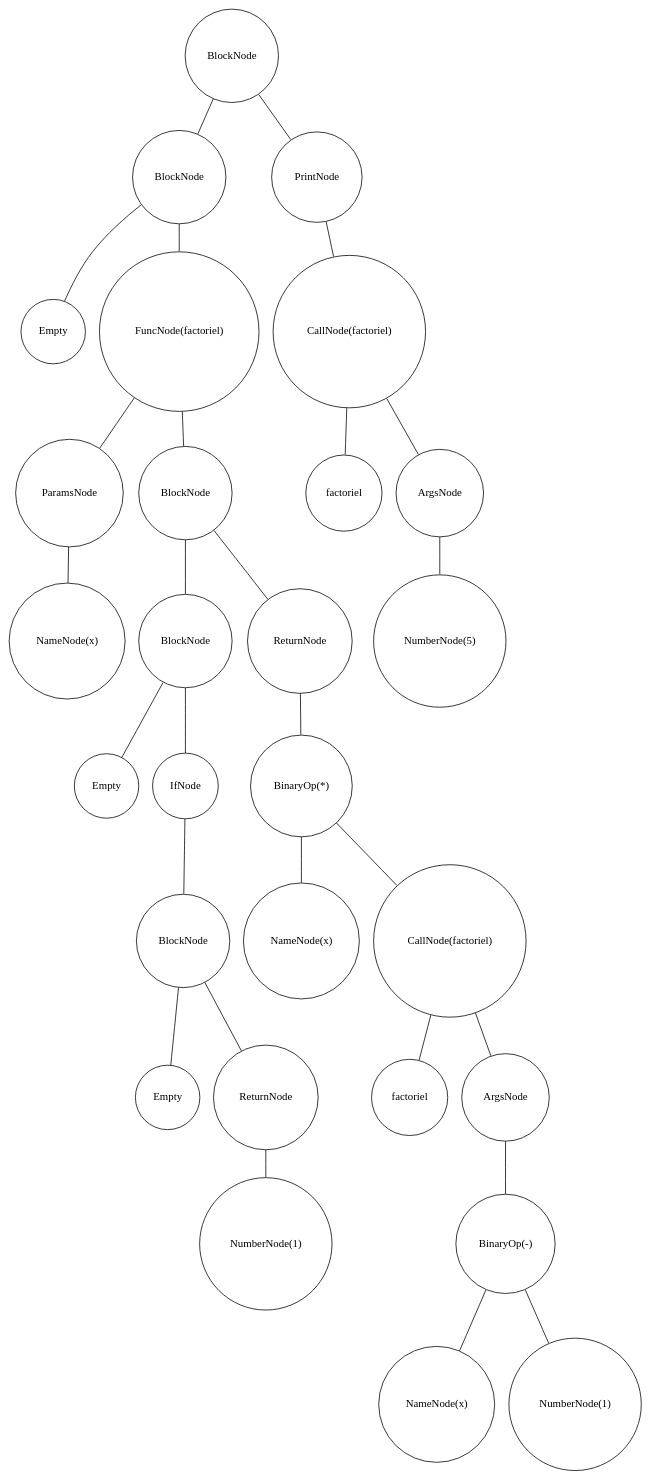
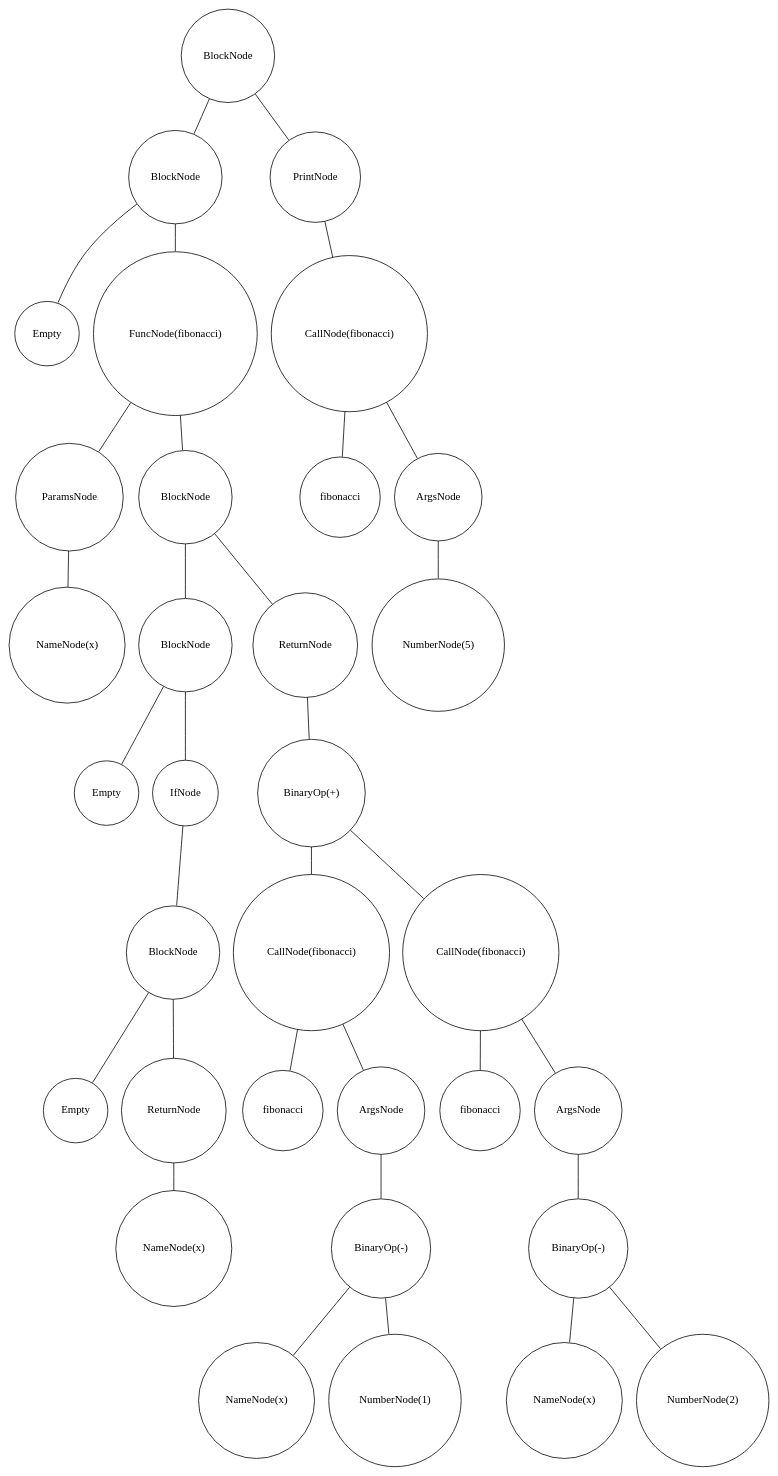
Before and after one commit to Artex6666/interpreteurPython: the diagram in img/graph.gv, drawn with Graphviz. The commit also changed 15 other files, not shown here.

```diff
--- a/img/graph.gv
+++ b/img/graph.gv
@@ -1,58 +1,68 @@
 digraph {
 	node [shape=circle]
-	"1ee13364-849e-441e-929a-54d78495f1a9" [label=BlockNode]
-	"83ccc12c-28f6-46fe-8e34-be2ffd76ab30" [label=BlockNode]
-	"b1653ecc-9647-400d-abfd-de8666fcf1b5" [label=Empty]
-	"83ccc12c-28f6-46fe-8e34-be2ffd76ab30" -> "b1653ecc-9647-400d-abfd-de8666fcf1b5" [arrowsize=0]
-	"cc8d7f73-0f65-44df-abe9-24fe5c719ad9" [label="FuncNode(factoriel)"]
-	"476e6d65-b316-4316-9a9e-8d2edd78593d" [label=ParamsNode]
-	"31677b85-0fef-40bc-94d0-4d4b7e5c56ca" [label="NameNode(x)"]
-	"476e6d65-b316-4316-9a9e-8d2edd78593d" -> "31677b85-0fef-40bc-94d0-4d4b7e5c56ca" [arrowsize=0]
-	"cc8d7f73-0f65-44df-abe9-24fe5c719ad9" -> "476e6d65-b316-4316-9a9e-8d2edd78593d" [arrowsize=0]
-	"587ae695-a0c7-4794-99a3-0f13caf09983" [label=BlockNode]
-	"fcee519a-2a0a-4710-8db1-06db8b64b33c" [label=BlockNode]
-	"59260d49-70e1-412f-8ece-a8191cc2e7ee" [label=Empty]
-	"fcee519a-2a0a-4710-8db1-06db8b64b33c" -> "59260d49-70e1-412f-8ece-a8191cc2e7ee" [arrowsize=0]
-	"ffd35988-70ba-4f42-a306-1fbc382db067" [label=IfNode]
-	"3c5b2221-ab16-40d6-94e3-60836ef8d775" [label=BlockNode]
-	"8f297e3a-416f-4267-8d68-5246f56fd771" [label=Empty]
-	"3c5b2221-ab16-40d6-94e3-60836ef8d775" -> "8f297e3a-416f-4267-8d68-5246f56fd771" [arrowsize=0]
-	"c108ab88-7ea6-4bd8-b774-0027064932f8" [label=ReturnNode]
-	"00f2ed70-6556-4986-88b8-253599b2e534" [label="NumberNode(1)"]
-	"c108ab88-7ea6-4bd8-b774-0027064932f8" -> "00f2ed70-6556-4986-88b8-253599b2e534" [arrowsize=0]
-	"3c5b2221-ab16-40d6-94e3-60836ef8d775" -> "c108ab88-7ea6-4bd8-b774-0027064932f8" [arrowsize=0]
-	"ffd35988-70ba-4f42-a306-1fbc382db067" -> "3c5b2221-ab16-40d6-94e3-60836ef8d775" [arrowsize=0]
-	"fcee519a-2a0a-4710-8db1-06db8b64b33c" -> "ffd35988-70ba-4f42-a306-1fbc382db067" [arrowsize=0]
-	"587ae695-a0c7-4794-99a3-0f13caf09983" -> "fcee519a-2a0a-4710-8db1-06db8b64b33c" [arrowsize=0]
-	"45123479-582c-4127-a407-7c31bd0e37f2" [label=ReturnNode]
-	"3d190106-d38e-4bd8-a2db-c9b5b9d1c7c8" [label="BinaryOp(*)"]
-	"d0c5043d-9113-4c11-a7a8-c21c963e3b3b" [label="NameNode(x)"]
-	"3d190106-d38e-4bd8-a2db-c9b5b9d1c7c8" -> "d0c5043d-9113-4c11-a7a8-c21c963e3b3b" [arrowsize=0]
-	"86c79d50-4dc0-47bc-ae31-e584eb7e1756" [label="CallNode(factoriel)"]
-	"296f3424-7e12-4cfa-afa5-e336fa708e00" [label=factoriel]
-	"86c79d50-4dc0-47bc-ae31-e584eb7e1756" -> "296f3424-7e12-4cfa-afa5-e336fa708e00" [arrowsize=0]
-	"a2f68336-cf03-46e3-b180-58b8c284b00c" [label=ArgsNode]
-	"42b962b4-7ea3-4f23-9888-251c6a1986c1" [label="BinaryOp(-)"]
-	"76d1e281-5fce-4f58-918d-03cf481478d3" [label="NameNode(x)"]
-	"42b962b4-7ea3-4f23-9888-251c6a1986c1" -> "76d1e281-5fce-4f58-918d-03cf481478d3" [arrowsize=0]
-	"fa61d20b-b9eb-41b1-a74f-3286da535b89" [label="NumberNode(1)"]
-	"42b962b4-7ea3-4f23-9888-251c6a1986c1" -> "fa61d20b-b9eb-41b1-a74f-3286da535b89" [arrowsize=0]
-	"a2f68336-cf03-46e3-b180-58b8c284b00c" -> "42b962b4-7ea3-4f23-9888-251c6a1986c1" [arrowsize=0]
-	"86c79d50-4dc0-47bc-ae31-e584eb7e1756" -> "a2f68336-cf03-46e3-b180-58b8c284b00c" [arrowsize=0]
-	"3d190106-d38e-4bd8-a2db-c9b5b9d1c7c8" -> "86c79d50-4dc0-47bc-ae31-e584eb7e1756" [arrowsize=0]
-	"45123479-582c-4127-a407-7c31bd0e37f2" -> "3d190106-d38e-4bd8-a2db-c9b5b9d1c7c8" [arrowsize=0]
-	"587ae695-a0c7-4794-99a3-0f13caf09983" -> "45123479-582c-4127-a407-7c31bd0e37f2" [arrowsize=0]
-	"cc8d7f73-0f65-44df-abe9-24fe5c719ad9" -> "587ae695-a0c7-4794-99a3-0f13caf09983" [arrowsize=0]
-	"83ccc12c-28f6-46fe-8e34-be2ffd76ab30" -> "cc8d7f73-0f65-44df-abe9-24fe5c719ad9" [arrowsize=0]
-	"1ee13364-849e-441e-929a-54d78495f1a9" -> "83ccc12c-28f6-46fe-8e34-be2ffd76ab30" [arrowsize=0]
-	"3645cd97-7d80-47a6-b32f-823555ce68bb" [label=PrintNode]
-	"6e419e8a-7652-4d9b-880e-44f59ca48778" [label="CallNode(factoriel)"]
-	"4f87219c-7b8a-464f-a360-f073da826eb2" [label=factoriel]
-	"6e419e8a-7652-4d9b-880e-44f59ca48778" -> "4f87219c-7b8a-464f-a360-f073da826eb2" [arrowsize=0]
-	"b3fe7012-c706-45a5-b666-ddd02a6419b6" [label=ArgsNode]
-	"cc381bfc-7d86-4bdf-848b-918a69c8901c" [label="NumberNode(5)"]
-	"b3fe7012-c706-45a5-b666-ddd02a6419b6" -> "cc381bfc-7d86-4bdf-848b-918a69c8901c" [arrowsize=0]
-	"6e419e8a-7652-4d9b-880e-44f59ca48778" -> "b3fe7012-c706-45a5-b666-ddd02a6419b6" [arrowsize=0]
-	"3645cd97-7d80-47a6-b32f-823555ce68bb" -> "6e419e8a-7652-4d9b-880e-44f59ca48778" [arrowsize=0]
-	"1ee13364-849e-441e-929a-54d78495f1a9" -> "3645cd97-7d80-47a6-b32f-823555ce68bb" [arrowsize=0]
+	"7cdb6d5b-6a37-4f7a-8e29-126e4ecb8fa2" [label=BlockNode]
+	"4410133e-e5d3-4dd1-a63c-42c9538a7e7f" [label=BlockNode]
+	"790cd8a3-5253-4b5b-aa6b-ea102d6bdec8" [label=Empty]
+	"4410133e-e5d3-4dd1-a63c-42c9538a7e7f" -> "790cd8a3-5253-4b5b-aa6b-ea102d6bdec8" [arrowsize=0]
+	"5cac6052-3340-49a7-a025-9dbebb8df435" [label="FuncNode(fibonacci)"]
+	"0113d46d-e45d-482d-8f99-08167111064f" [label=ParamsNode]
+	"f1bd4409-a31a-49d6-8df5-db133a726d4d" [label="NameNode(x)"]
+	"0113d46d-e45d-482d-8f99-08167111064f" -> "f1bd4409-a31a-49d6-8df5-db133a726d4d" [arrowsize=0]
+	"5cac6052-3340-49a7-a025-9dbebb8df435" -> "0113d46d-e45d-482d-8f99-08167111064f" [arrowsize=0]
+	"f84e6a30-f6e4-4ce5-9c0b-006f721f5a55" [label=BlockNode]
+	"e9888bc3-7527-4b15-ae05-60820cc5e567" [label=BlockNode]
+	"d8be9311-e912-43ee-9ba2-1a4a498299ed" [label=Empty]
+	"e9888bc3-7527-4b15-ae05-60820cc5e567" -> "d8be9311-e912-43ee-9ba2-1a4a498299ed" [arrowsize=0]
+	"db0c1041-30b2-4931-8d8a-6b3b696248d4" [label=IfNode]
+	"6c9ef927-cc0a-4085-aae6-9bbe2272684f" [label=BlockNode]
+	"c114c020-303e-4171-ae48-f3be1cb075bd" [label=Empty]
+	"6c9ef927-cc0a-4085-aae6-9bbe2272684f" -> "c114c020-303e-4171-ae48-f3be1cb075bd" [arrowsize=0]
+	"6c2fc130-c15e-44a8-839e-d4b2ce347bac" [label=ReturnNode]
+	"394e88d5-fb99-44a2-969e-5c2e7f4f90d3" [label="NameNode(x)"]
+	"6c2fc130-c15e-44a8-839e-d4b2ce347bac" -> "394e88d5-fb99-44a2-969e-5c2e7f4f90d3" [arrowsize=0]
+	"6c9ef927-cc0a-4085-aae6-9bbe2272684f" -> "6c2fc130-c15e-44a8-839e-d4b2ce347bac" [arrowsize=0]
+	"db0c1041-30b2-4931-8d8a-6b3b696248d4" -> "6c9ef927-cc0a-4085-aae6-9bbe2272684f" [arrowsize=0]
+	"e9888bc3-7527-4b15-ae05-60820cc5e567" -> "db0c1041-30b2-4931-8d8a-6b3b696248d4" [arrowsize=0]
+	"f84e6a30-f6e4-4ce5-9c0b-006f721f5a55" -> "e9888bc3-7527-4b15-ae05-60820cc5e567" [arrowsize=0]
+	"26244cee-1a26-4946-aa9e-239c115443a2" [label=ReturnNode]
+	"c77da98d-4a48-406b-bc60-93c6ecc5b0cb" [label="BinaryOp(+)"]
+	"8561e87b-f59c-4ebf-92e5-2b9b5bffb372" [label="CallNode(fibonacci)"]
+	"892fd4ab-dcb4-4ea5-b88a-908760e17855" [label=fibonacci]
+	"8561e87b-f59c-4ebf-92e5-2b9b5bffb372" -> "892fd4ab-dcb4-4ea5-b88a-908760e17855" [arrowsize=0]
+	"995111a1-edb4-4909-aea3-c0a6a91ae2ee" [label=ArgsNode]
+	"8139fe2e-ec3c-4123-a126-218605d1a2a3" [label="BinaryOp(-)"]
+	"2a0637c2-1db6-41ce-99bd-c122b757d9ee" [label="NameNode(x)"]
+	"8139fe2e-ec3c-4123-a126-218605d1a2a3" -> "2a0637c2-1db6-41ce-99bd-c122b757d9ee" [arrowsize=0]
+	"b0e303ea-589e-4db2-9de6-855c33dd4042" [label="NumberNode(1)"]
+	"8139fe2e-ec3c-4123-a126-218605d1a2a3" -> "b0e303ea-589e-4db2-9de6-855c33dd4042" [arrowsize=0]
+	"995111a1-edb4-4909-aea3-c0a6a91ae2ee" -> "8139fe2e-ec3c-4123-a126-218605d1a2a3" [arrowsize=0]
+	"8561e87b-f59c-4ebf-92e5-2b9b5bffb372" -> "995111a1-edb4-4909-aea3-c0a6a91ae2ee" [arrowsize=0]
+	"c77da98d-4a48-406b-bc60-93c6ecc5b0cb" -> "8561e87b-f59c-4ebf-92e5-2b9b5bffb372" [arrowsize=0]
+	"962bffda-43eb-4b00-8ae6-588963b98146" [label="CallNode(fibonacci)"]
+	"31860008-ab9e-48c1-a3f2-d50c04c94f54" [label=fibonacci]
+	"962bffda-43eb-4b00-8ae6-588963b98146" -> "31860008-ab9e-48c1-a3f2-d50c04c94f54" [arrowsize=0]
+	"44a944db-177e-45f7-ac88-38ce12d52f00" [label=ArgsNode]
+	"e9fbe4c3-3f70-4b22-b7b1-2f18219625d6" [label="BinaryOp(-)"]
+	"da507823-4556-466f-8bc8-6ecdd759603c" [label="NameNode(x)"]
+	"e9fbe4c3-3f70-4b22-b7b1-2f18219625d6" -> "da507823-4556-466f-8bc8-6ecdd759603c" [arrowsize=0]
+	"70e7e67d-fbf3-4312-bee4-c53af63ea8fd" [label="NumberNode(2)"]
+	"e9fbe4c3-3f70-4b22-b7b1-2f18219625d6" -> "70e7e67d-fbf3-4312-bee4-c53af63ea8fd" [arrowsize=0]
+	"44a944db-177e-45f7-ac88-38ce12d52f00" -> "e9fbe4c3-3f70-4b22-b7b1-2f18219625d6" [arrowsize=0]
+	"962bffda-43eb-4b00-8ae6-588963b98146" -> "44a944db-177e-45f7-ac88-38ce12d52f00" [arrowsize=0]
+	"c77da98d-4a48-406b-bc60-93c6ecc5b0cb" -> "962bffda-43eb-4b00-8ae6-588963b98146" [arrowsize=0]
+	"26244cee-1a26-4946-aa9e-239c115443a2" -> "c77da98d-4a48-406b-bc60-93c6ecc5b0cb" [arrowsize=0]
+	"f84e6a30-f6e4-4ce5-9c0b-006f721f5a55" -> "26244cee-1a26-4946-aa9e-239c115443a2" [arrowsize=0]
+	"5cac6052-3340-49a7-a025-9dbebb8df435" -> "f84e6a30-f6e4-4ce5-9c0b-006f721f5a55" [arrowsize=0]
+	"4410133e-e5d3-4dd1-a63c-42c9538a7e7f" -> "5cac6052-3340-49a7-a025-9dbebb8df435" [arrowsize=0]
+	"7cdb6d5b-6a37-4f7a-8e29-126e4ecb8fa2" -> "4410133e-e5d3-4dd1-a63c-42c9538a7e7f" [arrowsize=0]
+	"bc07d058-35d1-4cda-9a88-b824506a7981" [label=PrintNode]
+	"9e720707-47ba-40d3-aea0-1a592a040514" [label="CallNode(fibonacci)"]
+	"79059f35-573d-49fc-a6dc-4295a834152b" [label=fibonacci]
+	"9e720707-47ba-40d3-aea0-1a592a040514" -> "79059f35-573d-49fc-a6dc-4295a834152b" [arrowsize=0]
+	"529d8bb5-383e-45f0-a227-d0d55544d56a" [label=ArgsNode]
+	"6403435a-fa57-4c2a-9e7d-1ae2ce022654" [label="NumberNode(5)"]
+	"529d8bb5-383e-45f0-a227-d0d55544d56a" -> "6403435a-fa57-4c2a-9e7d-1ae2ce022654" [arrowsize=0]
+	"9e720707-47ba-40d3-aea0-1a592a040514" -> "529d8bb5-383e-45f0-a227-d0d55544d56a" [arrowsize=0]
+	"bc07d058-35d1-4cda-9a88-b824506a7981" -> "9e720707-47ba-40d3-aea0-1a592a040514" [arrowsize=0]
+	"7cdb6d5b-6a37-4f7a-8e29-126e4ecb8fa2" -> "bc07d058-35d1-4cda-9a88-b824506a7981" [arrowsize=0]
 }
```
